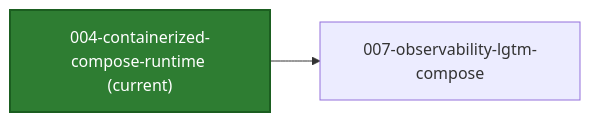
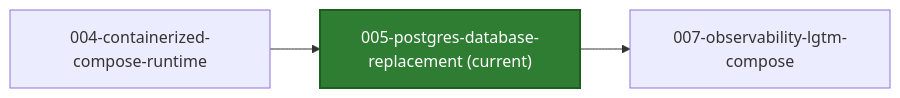
One commit to azure-octo/traderX changed the second of 2 diagrams in README.md. Above: the diagram before and after it, drawn with Mermaid. The commit also changed other lines of this file and 55 other files, not shown here.

First line of the commit message:
snapshot: 005-postgres-database-replacement generated from a41e87908ebf8e9d2cd385280eacced32887bb1e

````diff
--- a/README.md
+++ b/README.md
@@ -52,9 +52,12 @@
 ```mermaid
 flowchart LR
-  C_CUR["004-containerized-compose-runtime (current)"]
+  C_CUR["005-postgres-database-replacement (current)"]
   style C_CUR fill:#2e7d32,stroke:#1b5e20,color:#ffffff,stroke-width:2px
+  C_PREV_004_containerized_compose_runtime["004-containerized-compose-runtime"] --> C_CUR
+  click C_PREV_004_containerized_compose_runtime href "https://github.com/finos/traderX/tree/code%2Fgenerated-state-004-containerized-compose-runtime" "Open branch"
+  %% compare: https://github.com/finos/traderX/compare/code%2Fgenerated-state-004-containerized-compose-runtime...code%2Fgenerated-state-005-postgres-database-replacement
   C_CUR --> C_NEXT_007_observability_lgtm_compose["007-observability-lgtm-compose"]
   click C_NEXT_007_observability_lgtm_compose href "https://github.com/finos/traderX/tree/code%2Fgenerated-state-007-observability-lgtm-compose" "Open branch"
-  %% compare: https://github.com/finos/traderX/compare/code%2Fgenerated-state-004-containerized-compose-runtime...code%2Fgenerated-state-007-observability-lgtm-compose
-  click C_CUR href "https://github.com/finos/traderX/tree/code%2Fgenerated-state-004-containerized-compose-runtime" "Open current branch"
+  %% compare: https://github.com/finos/traderX/compare/code%2Fgenerated-state-005-postgres-database-replacement...code%2Fgenerated-state-007-observability-lgtm-compose
+  click C_CUR href "https://github.com/finos/traderX/tree/code%2Fgenerated-state-005-postgres-database-replacement" "Open current branch"
 ```
````
